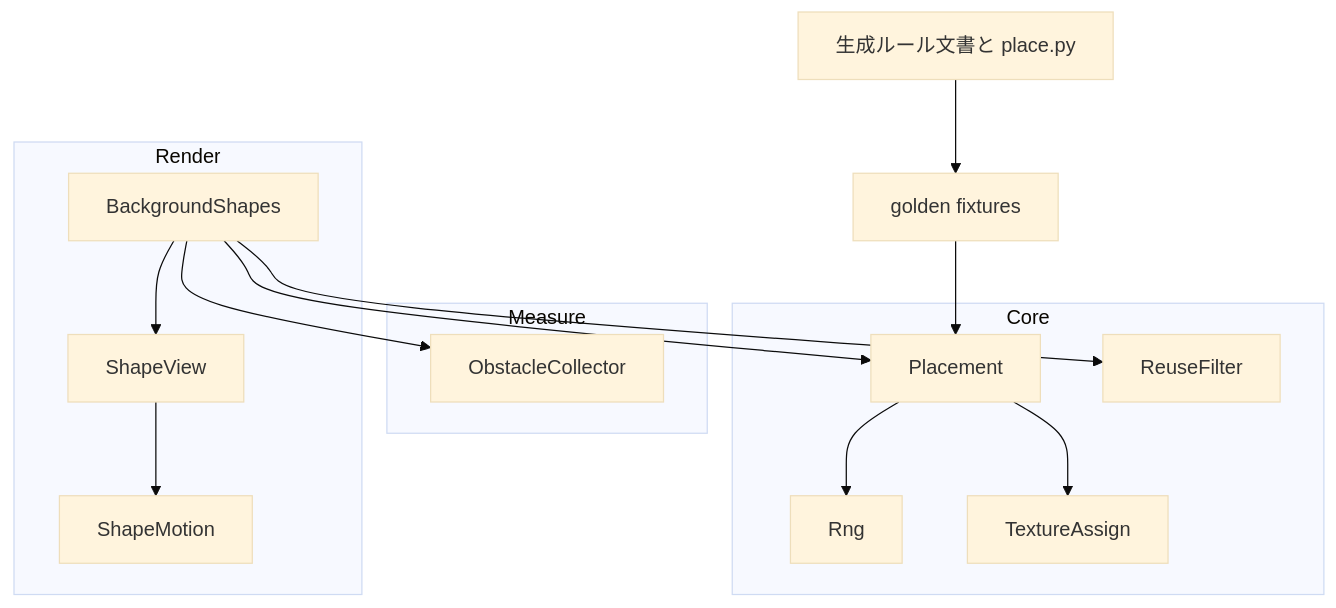
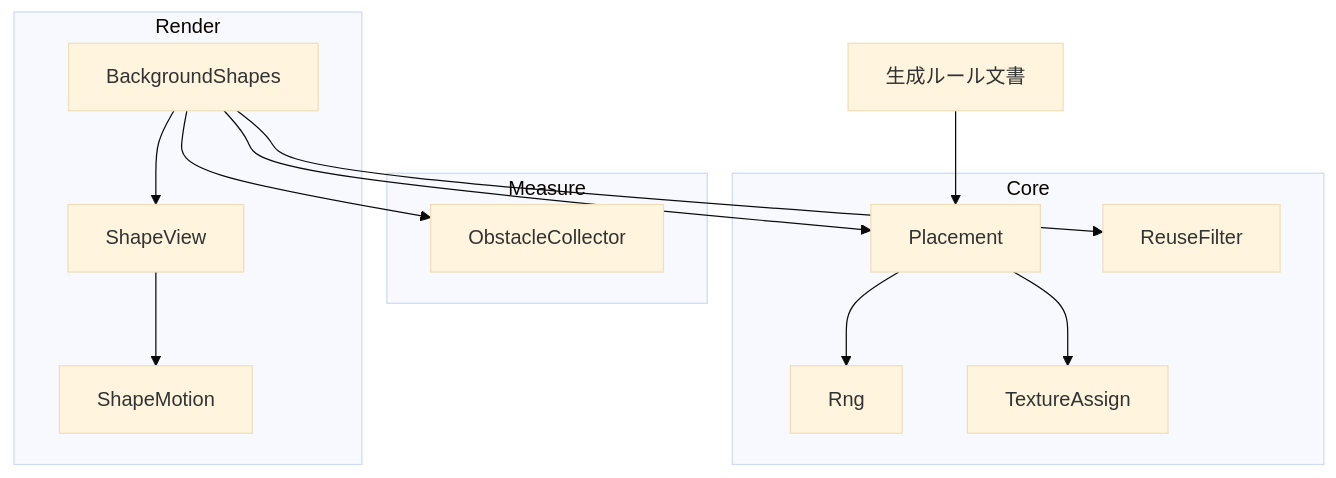
The first of 2 diagrams in .kiro/specs/site-refinement/design.md (aramakisai/aramakisai-web), drawn with Mermaid (base theme) before and after one commit. The commit also changed other lines of this file and 24 other files, not shown here.

````diff
--- a/.kiro/specs/site-refinement/design.md
+++ b/.kiro/specs/site-refinement/design.md
@@ -51,28 +51,26 @@
 ```mermaid
 graph TB
     subgraph Measure
         ObstacleCollector
     end
     subgraph Core
         Rng
         Placement
         ReuseFilter
         TextureAssign
     end
     subgraph Render
         BackgroundShapes
         ShapeView
         ShapeMotion
     end
-    Rules[生成ルール文書と place.py]
-    Golden[golden fixtures]
+    Rules[生成ルール文書]
     BackgroundShapes --> ObstacleCollector
     BackgroundShapes --> Placement
     BackgroundShapes --> ReuseFilter
     Placement --> Rng
     Placement --> TextureAssign
     BackgroundShapes --> ShapeView
     ShapeView --> ShapeMotion
-    Rules --> Golden
-    Golden --> Placement
+    Rules --> Placement
 ```
````
